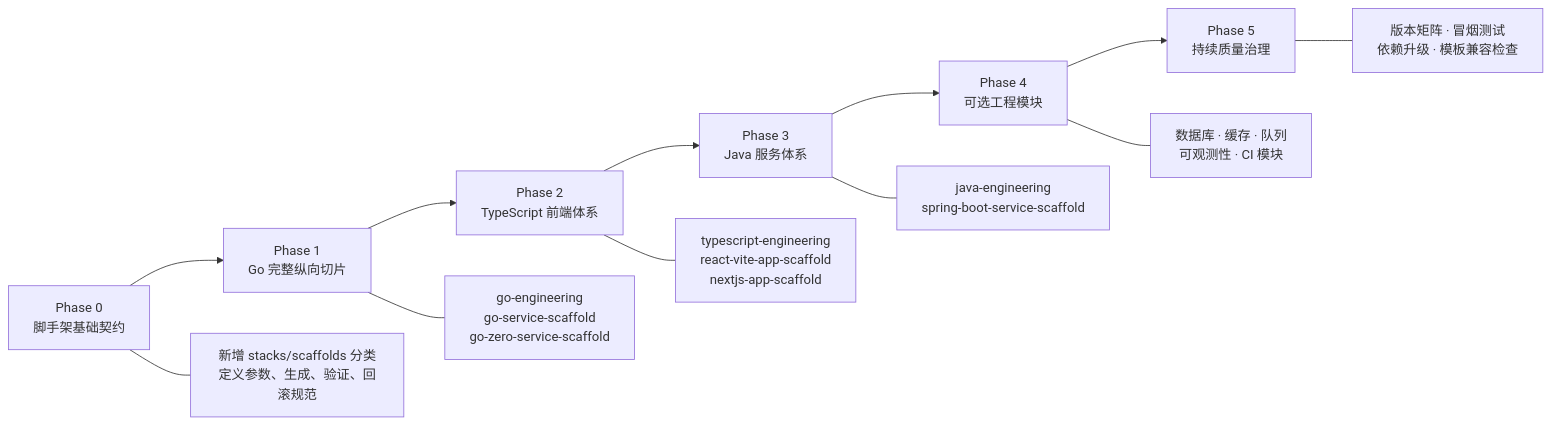
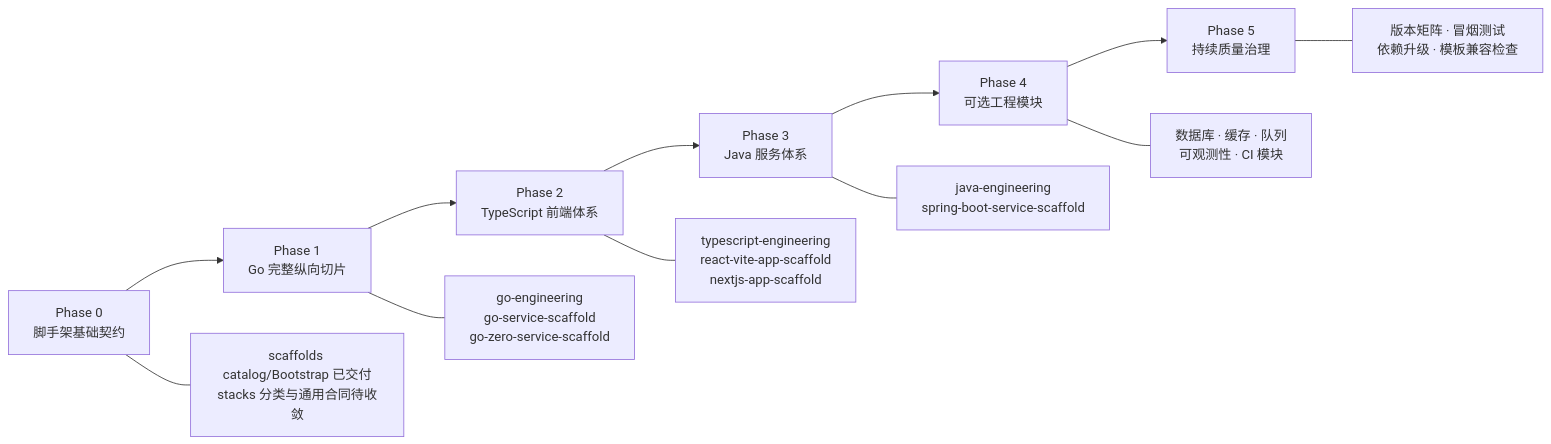
Before and after one commit to AndyXuuu/agentic-dev-workflow: the second of 2 diagrams in ROADMAP.md, drawn with Mermaid. The commit also changed other lines of this file and 31 other files, not shown here.

````diff
--- a/ROADMAP.md
+++ b/ROADMAP.md
@@ -77,18 +84,18 @@
 ```mermaid
 flowchart LR
     P0["Phase 0<br/>脚手架基础契约"]
     P1["Phase 1<br/>Go 完整纵向切片"]
     P2["Phase 2<br/>TypeScript 前端体系"]
     P3["Phase 3<br/>Java 服务体系"]
     P4["Phase 4<br/>可选工程模块"]
     P5["Phase 5<br/>持续质量治理"]
 
     P0 --> P1 --> P2 --> P3 --> P4 --> P5
 
-    P0 --- P0D["新增 stacks/scaffolds 分类<br/>定义参数、生成、验证、回滚规范"]
+    P0 --- P0D["scaffolds catalog/Bootstrap 已交付<br/>stacks 分类与通用合同待收敛"]
     P1 --- P1D["go-engineering<br/>go-service-scaffold<br/>go-zero-service-scaffold"]
     P2 --- P2D["typescript-engineering<br/>react-vite-app-scaffold<br/>nextjs-app-scaffold"]
     P3 --- P3D["java-engineering<br/>spring-boot-service-scaffold"]
     P4 --- P4D["数据库 · 缓存 · 队列<br/>可观测性 · CI 模块"]
     P5 --- P5D["版本矩阵 · 冒烟测试<br/>依赖升级 · 模板兼容检查"]
 ```
````
